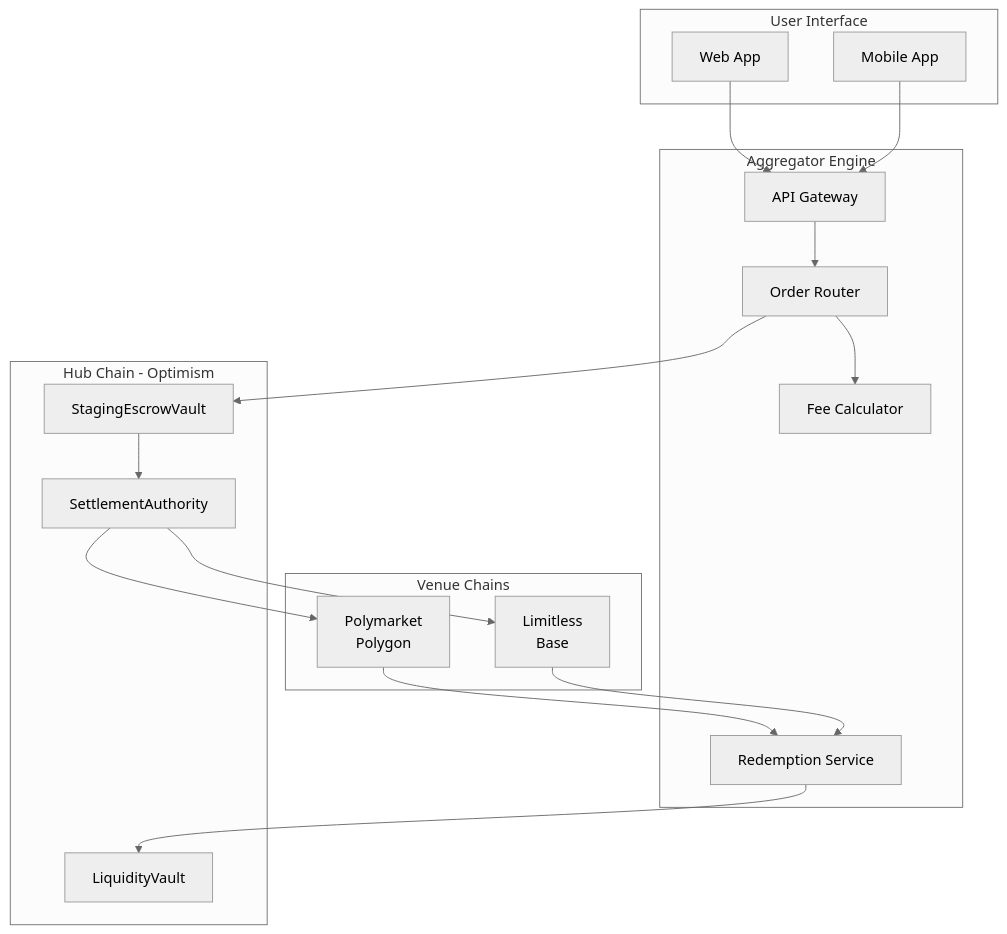
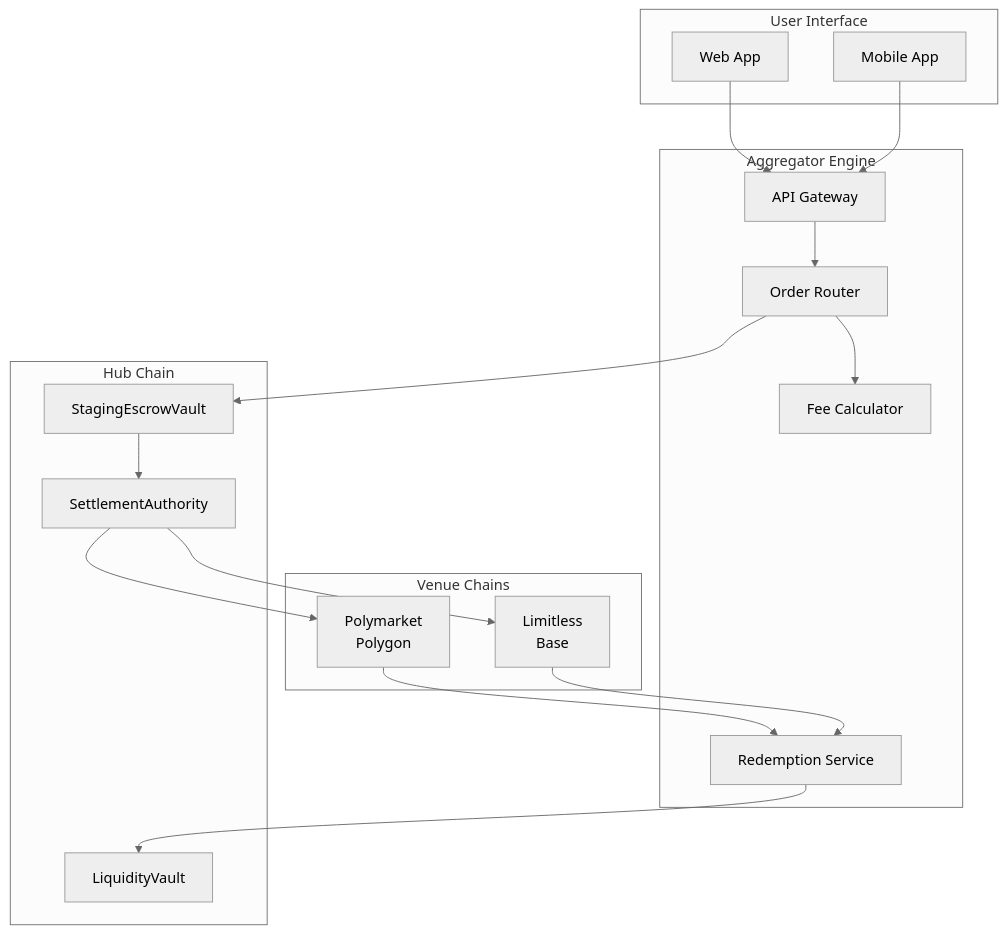
Before and after one commit to Predifi-com/.github: the first of 2 diagrams in profile/README.md, drawn with Mermaid (neutral theme).

Commit message:
Rename subgraph from 'Hub Chain - ' to 'Hub Chain'

````diff
--- a/profile/README.md
+++ b/profile/README.md
@@ -45,37 +45,37 @@
 ```mermaid
 graph TB
     subgraph "User Interface"
         A[Web App]
         B[Mobile App]
     end
     
     subgraph "Aggregator Engine"
         C[API Gateway]
         D[Order Router]
         E[Fee Calculator]
         F[Redemption Service]
     end
     
-    subgraph "Hub Chain - Optimism"
+    subgraph "Hub Chain"
         G[StagingEscrowVault]
         H[SettlementAuthority]
         I[LiquidityVault]
     end
     
     subgraph "Venue Chains"
         J[Polymarket<br/>Polygon]
         K[Limitless<br/>Base]
     end
     
     A --> C
     B --> C
     C --> D
     D --> E
     D --> G
     G --> H
     H --> J
     H --> K
     J --> F
     K --> F
     F --> I
 ```
````
